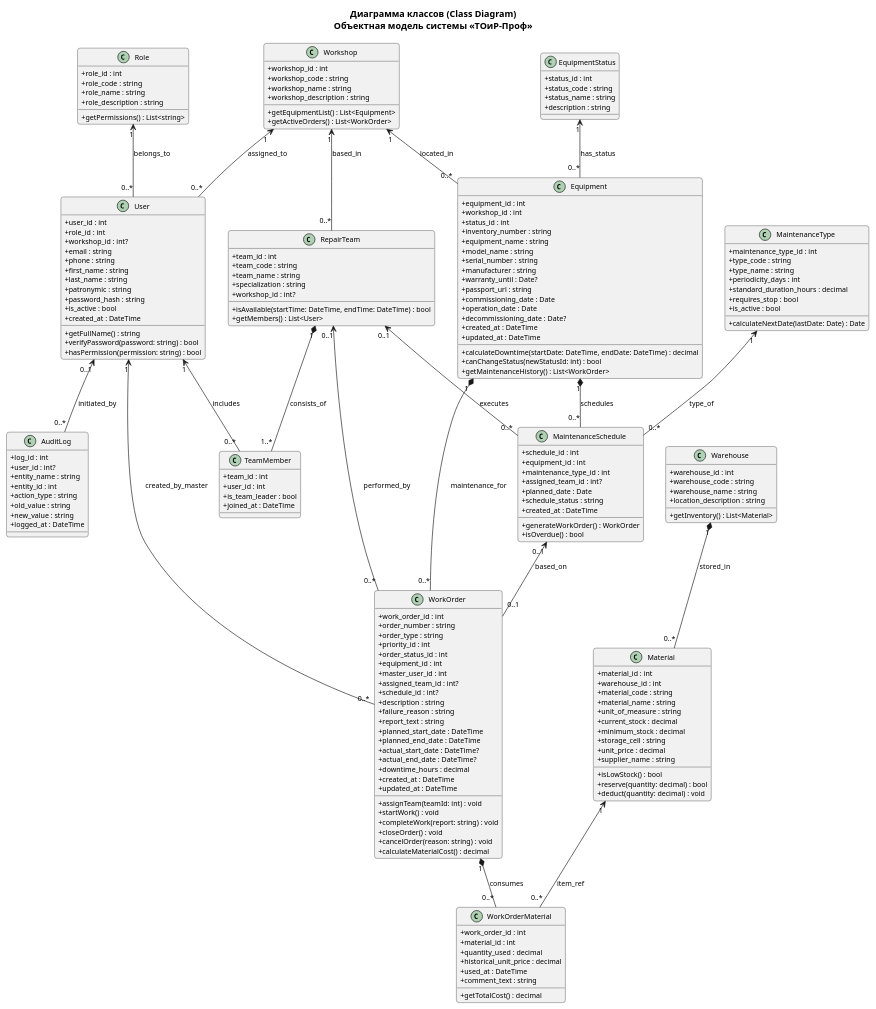
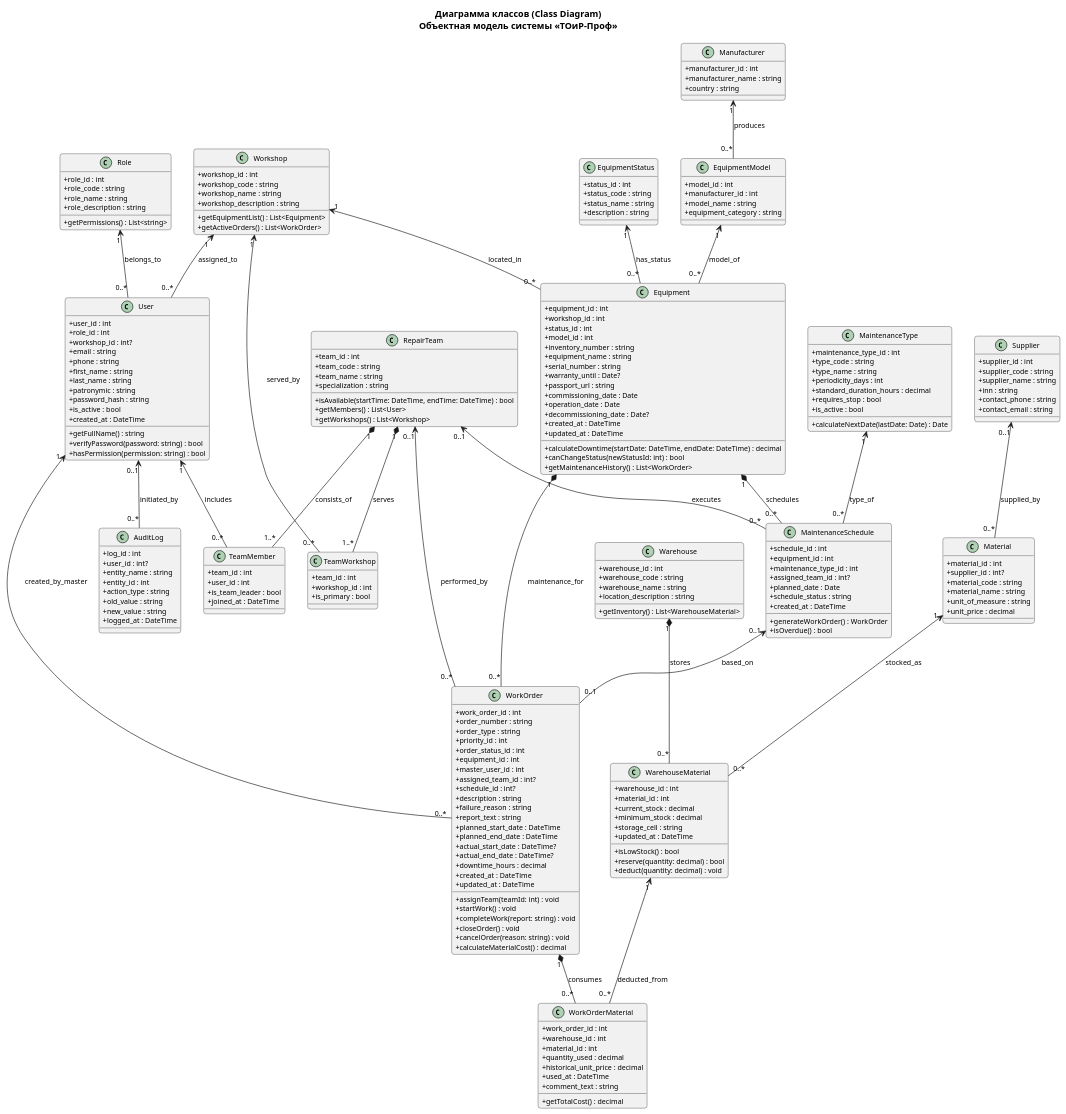
One commit to Jeenani/TOiR-Prof_Olymp changed the diagram in moduleA/docs/diagrams/class_diagram.puml. Above: the diagram before and after it, drawn with PlantUML. The commit also changed 21 other files, not shown here.

Commit message:
refactor(db-3nf): normalize warehouse_materials, suppliers, equipment_models, manufacturers, and mobile team_workshops across DB, diagrams, Domain, and API

```diff
--- a/moduleA/docs/diagrams/class_diagram.puml
+++ b/moduleA/docs/diagrams/class_diagram.puml
@@ -45,9 +45,15 @@
     + team_code : string
     + team_name : string
     + specialization : string
-    + workshop_id : int?
     + isAvailable(startTime: DateTime, endTime: DateTime) : bool
     + getMembers() : List<User>
+    + getWorkshops() : List<Workshop>
+}
+
+class TeamWorkshop {
+    + team_id : int
+    + workshop_id : int
+    + is_primary : bool
 }
 
 class TeamMember {
@@ -64,15 +70,27 @@
     + description : string
 }
 
+class Manufacturer {
+    + manufacturer_id : int
+    + manufacturer_name : string
+    + country : string
+}
+
+class EquipmentModel {
+    + model_id : int
+    + manufacturer_id : int
+    + model_name : string
+    + equipment_category : string
+}
+
 class Equipment {
     + equipment_id : int
     + workshop_id : int
     + status_id : int
+    + model_id : int
     + inventory_number : string
     + equipment_name : string
-    + model_name : string
     + serial_number : string
-    + manufacturer : string
     + warranty_until : Date?
     + passport_url : string
     + commissioning_date : Date
@@ -141,20 +159,34 @@
     + warehouse_code : string
     + warehouse_name : string
     + location_description : string
-    + getInventory() : List<Material>
+    + getInventory() : List<WarehouseMaterial>
+}
+
+class Supplier {
+    + supplier_id : int
+    + supplier_code : string
+    + supplier_name : string
+    + inn : string
+    + contact_phone : string
+    + contact_email : string
 }
 
 class Material {
     + material_id : int
-    + warehouse_id : int
+    + supplier_id : int?
     + material_code : string
     + material_name : string
     + unit_of_measure : string
+    + unit_price : decimal
+}
+
+class WarehouseMaterial {
+    + warehouse_id : int
+    + material_id : int
     + current_stock : decimal
     + minimum_stock : decimal
     + storage_cell : string
-    + unit_price : decimal
-    + supplier_name : string
+    + updated_at : DateTime
     + isLowStock() : bool
     + reserve(quantity: decimal) : bool
     + deduct(quantity: decimal) : void
@@ -162,6 +194,7 @@
 
 class WorkOrderMaterial {
     + work_order_id : int
+    + warehouse_id : int
     + material_id : int
     + quantity_used : decimal
     + historical_unit_price : decimal
@@ -184,12 +217,16 @@
 ' Отношения между классами
 Role "1" <-- "0..*" User : belongs_to
 Workshop "1" <-- "0..*" User : assigned_to
-Workshop "1" <-- "0..*" RepairTeam : based_in
 Workshop "1" <-- "0..*" Equipment : located_in
+
+RepairTeam "1" *-- "1..*" TeamWorkshop : serves
+Workshop "1" <-- "0..*" TeamWorkshop : served_by
 
 RepairTeam "1" *-- "1..*" TeamMember : consists_of
 User "1" <-- "0..*" TeamMember : includes
 
+Manufacturer "1" <-- "0..*" EquipmentModel : produces
+EquipmentModel "1" <-- "0..*" Equipment : model_of
 EquipmentStatus "1" <-- "0..*" Equipment : has_status
 Equipment "1" *-- "0..*" MaintenanceSchedule : schedules
 MaintenanceType "1" <-- "0..*" MaintenanceSchedule : type_of
@@ -200,9 +237,11 @@
 RepairTeam "0..1" <-- "0..*" WorkOrder : performed_by
 MaintenanceSchedule "0..1" <-- "0..1" WorkOrder : based_on
 
-Warehouse "1" *-- "0..*" Material : stored_in
+Supplier "0..1" <-- "0..*" Material : supplied_by
+Warehouse "1" *-- "0..*" WarehouseMaterial : stores
+Material "1" <-- "0..*" WarehouseMaterial : stocked_as
 WorkOrder "1" *-- "0..*" WorkOrderMaterial : consumes
-Material "1" <-- "0..*" WorkOrderMaterial : item_ref
+WarehouseMaterial "1" <-- "0..*" WorkOrderMaterial : deducted_from
 
 User "0..1" <-- "0..*" AuditLog : initiated_by
 
```
